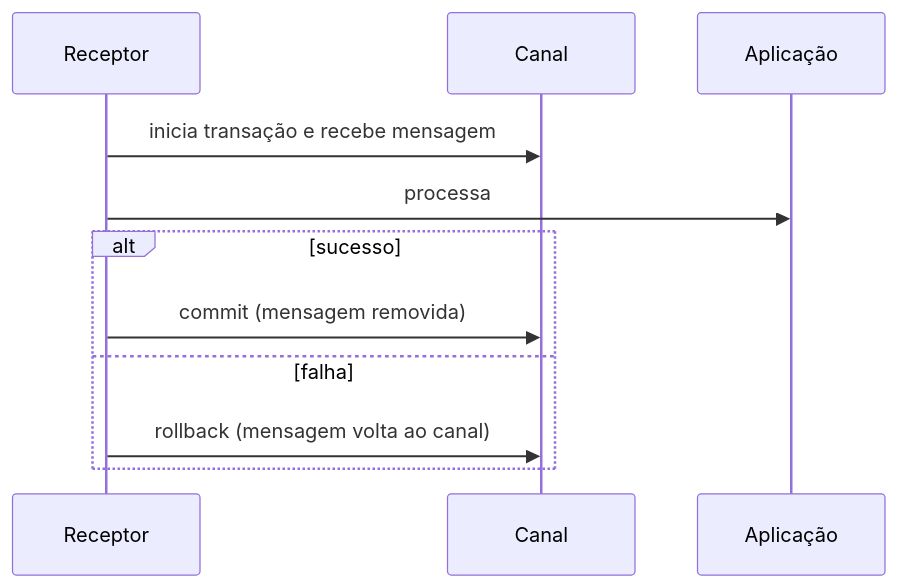
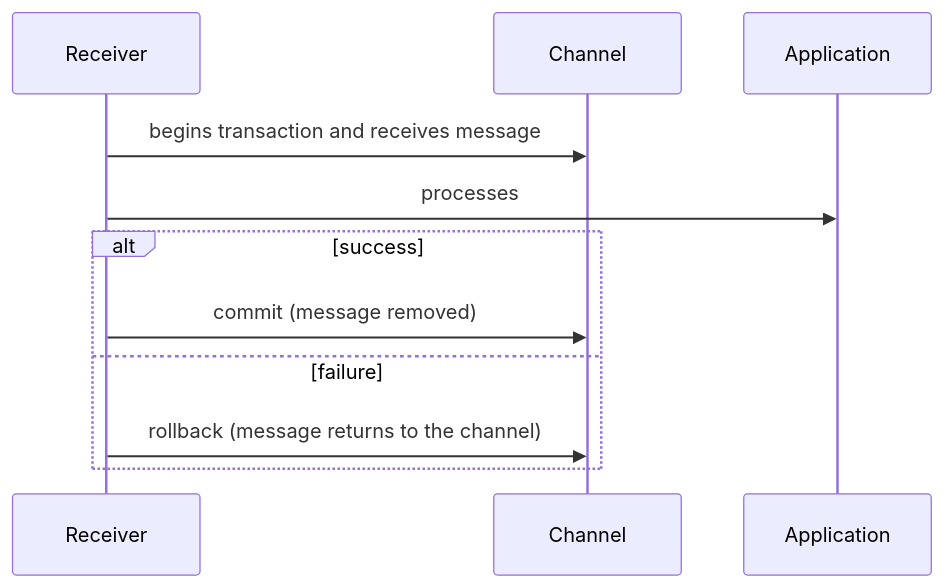
The diagram in docs/architecture/eip/messaging-endpoints/transactional-client.md (alancesar/design-patterns), drawn with Mermaid before and after one commit. The commit also changed 258 other files, not shown here.

First line of the commit message:
Translate Mermaid diagrams to English

````diff
--- a/docs/architecture/eip/messaging-endpoints/transactional-client.md
+++ b/docs/architecture/eip/messaging-endpoints/transactional-client.md
@@ -50,13 +50,13 @@
 ```mermaid
 sequenceDiagram
-    participant R as Receptor
-    participant C as Canal
-    participant S as Aplicação
-    R->>C: inicia transação e recebe mensagem
-    R->>S: processa
-    alt sucesso
-        R->>C: commit (mensagem removida)
-    else falha
-        R->>C: rollback (mensagem volta ao canal)
+    participant R as Receiver
+    participant C as Channel
+    participant S as Application
+    R->>C: begins transaction and receives message
+    R->>S: processes
+    alt success
+        R->>C: commit (message removed)
+    else failure
+        R->>C: rollback (message returns to the channel)
     end
 ```
````
